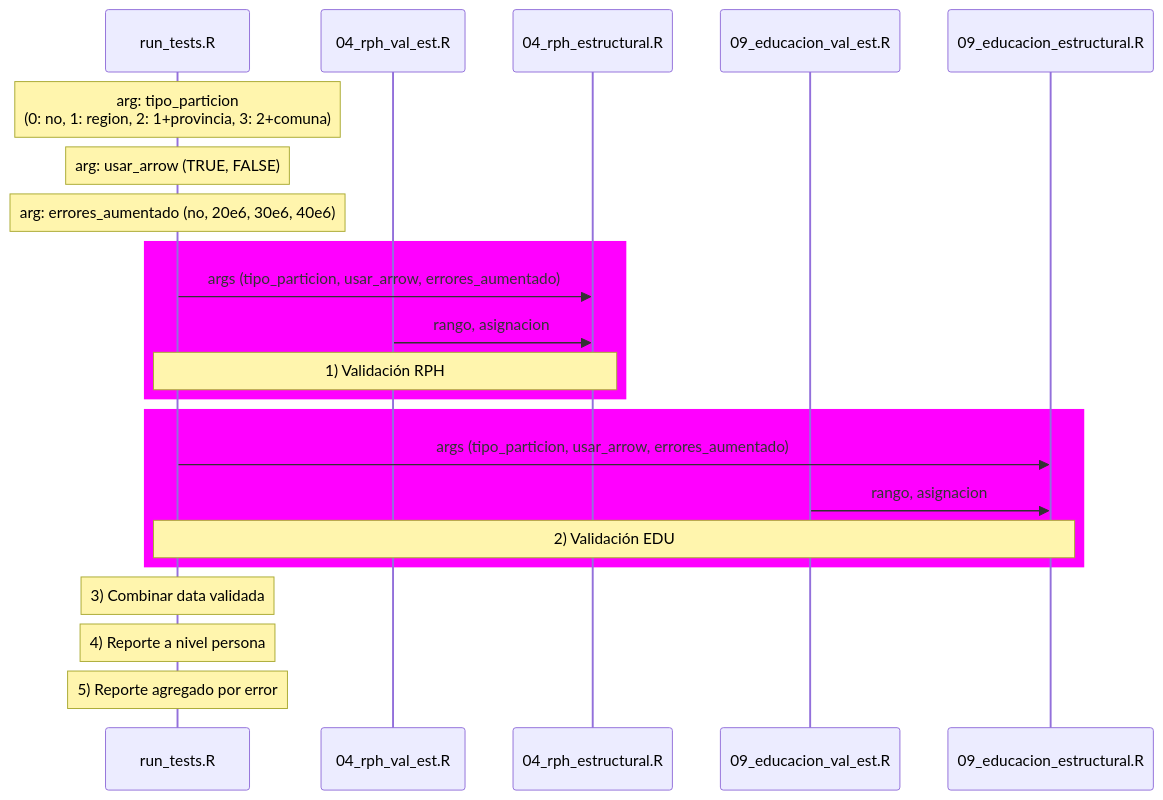
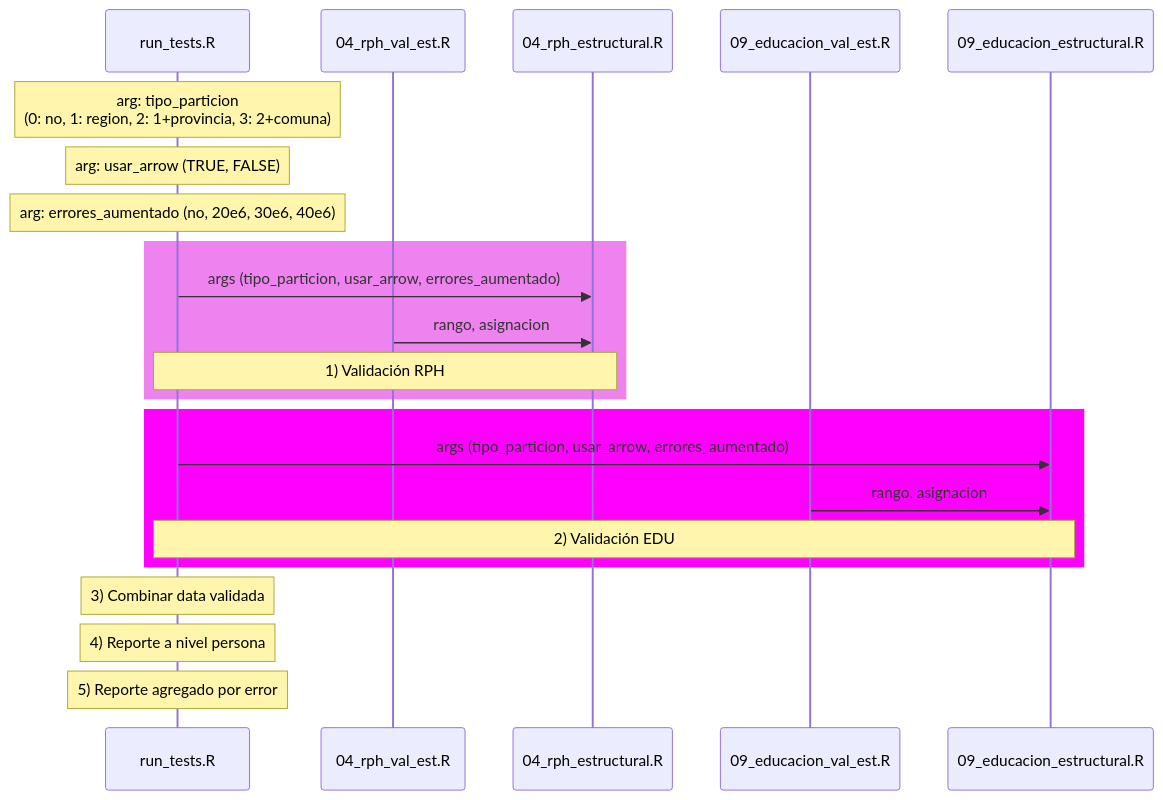
The diagram in README.md (mentoria-censo/eficiencia-censo-validacion), drawn with Mermaid before and after one commit.

Commit message:
se actualizó README

````diff
--- a/README.md
+++ b/README.md
@@ -22,24 +22,24 @@
 ```mermaid
 sequenceDiagram
   participant run as run_tests.R
   participant rph_val as 04_rph_val_est.R  
   participant rph as 04_rph_estructural.R
   participant edu_val as 09_educacion_val_est.R  
   participant edu as 09_educacion_estructural.R
   Note over run: arg: tipo_particion <br> (0: no, 1: region, 2: 1+provincia, 3: 2+comuna) 
   Note over run: arg: usar_arrow (TRUE, FALSE)
   Note over run: arg: errores_aumentado (no, 20e6, 30e6, 40e6)
-  rect rgb(255,0,255)
+  rect rgb(238,130,238)
   run ->> rph: args (tipo_particion, usar_arrow, errores_aumentado)
   rph_val ->> rph: rango, asignacion
   Note over run,rph: 1) Validación RPH
   end
   rect rgb(255,0,255)
   run ->> edu: args (tipo_particion, usar_arrow, errores_aumentado)
   edu_val ->> edu: rango, asignacion
   Note over run,edu: 2) Validación EDU  
   end
   Note over run: 3) Combinar data validada
   Note over run: 4) Reporte a nivel persona
   Note over run: 5) Reporte agregado por error      
 ```
````
